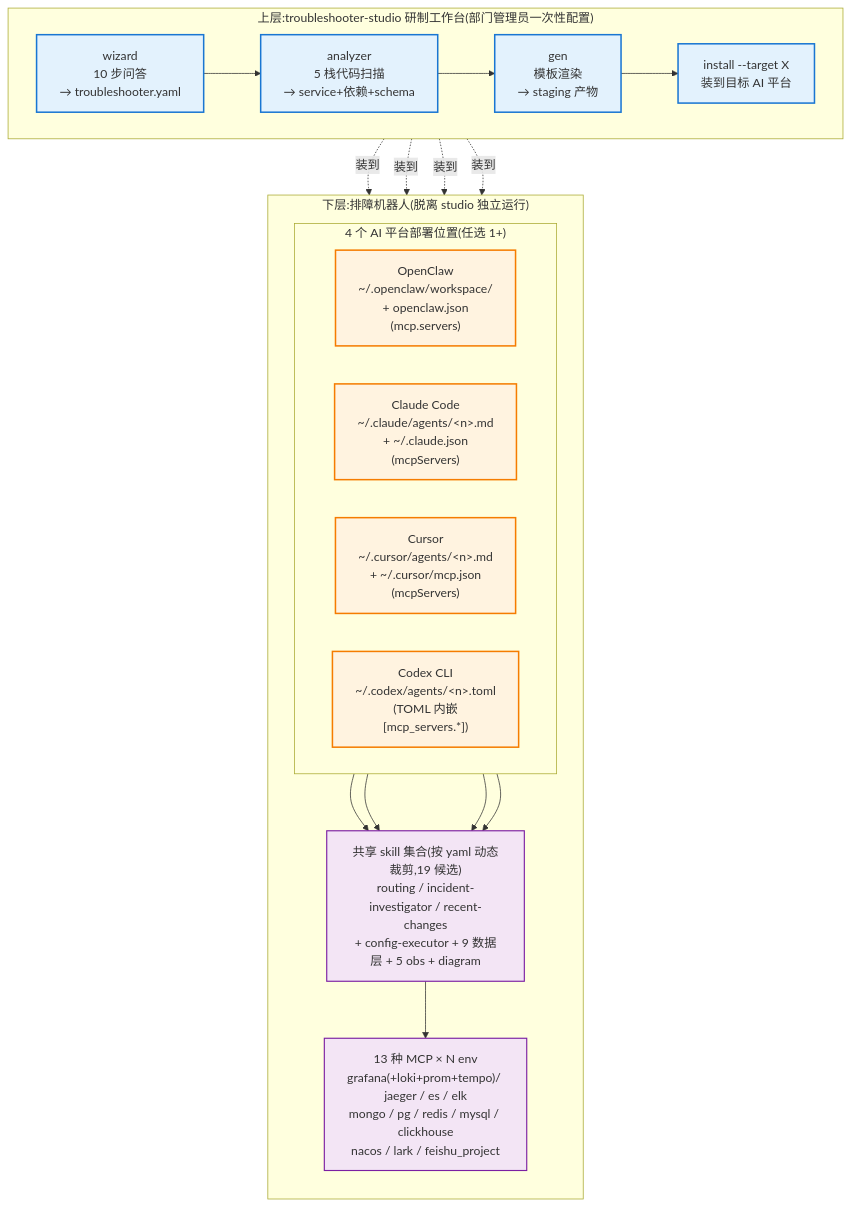
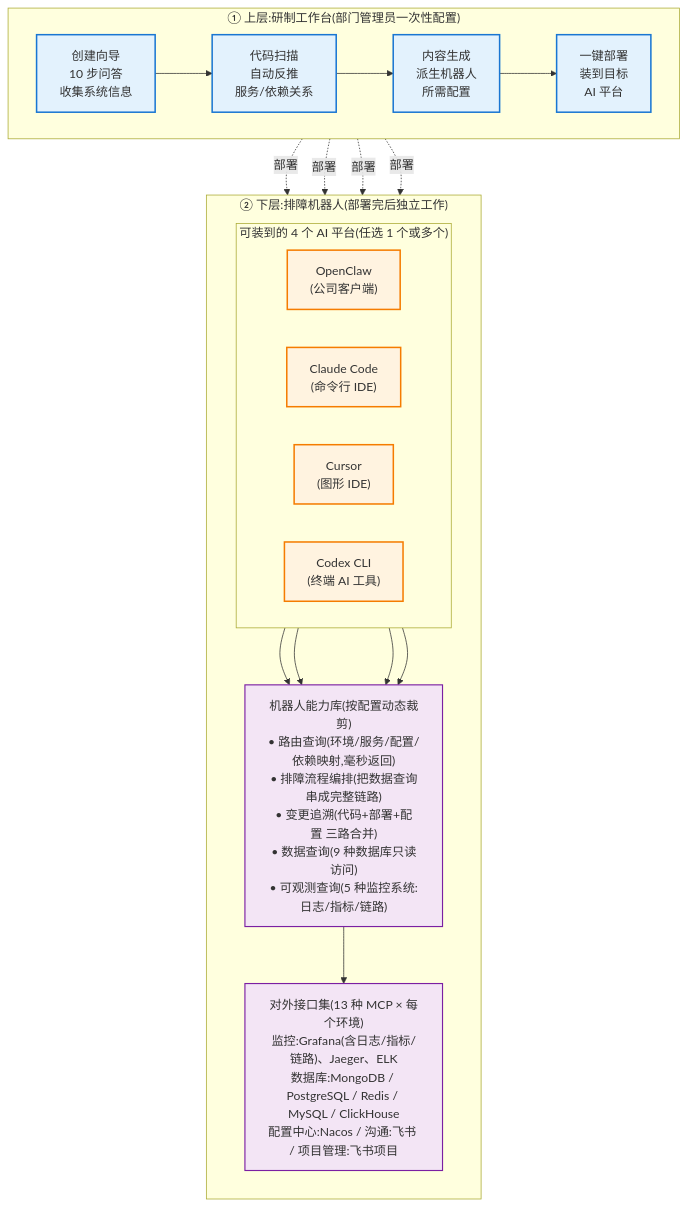
One commit to 452562082/troubleshooter-studio changed the first of 3 diagrams in docs/agent-application.md. Above: the diagram before and after it, drawn with Mermaid. The commit also changed other lines of this file, not shown here.

First line of the commit message:
申报材料流程图换"评审看得懂"的中文术语,去掉文件名/脚本名 jargon

````diff
--- a/docs/agent-application.md
+++ b/docs/agent-application.md
@@ -69,39 +69,39 @@
 ```mermaid
 flowchart TB
     classDef studio fill:#e3f2fd,stroke:#1976d2,stroke-width:2px
     classDef target fill:#fff3e0,stroke:#f57c00,stroke-width:2px
     classDef share fill:#f3e5f5,stroke:#7b1fa2,stroke-width:1.5px
 
-    subgraph L1["上层:troubleshooter-studio 研制工作台(部门管理员一次性配置)"]
+    subgraph L1["① 上层:研制工作台(部门管理员一次性配置)"]
         direction LR
-        W["wizard<br/>10 步问答<br/>→ troubleshooter.yaml"]:::studio
-        A["analyzer<br/>5 栈代码扫描<br/>→ service+依赖+schema"]:::studio
-        G["gen<br/>模板渲染<br/>→ staging 产物"]:::studio
-        I["install --target X<br/>装到目标 AI 平台"]:::studio
+        W["创建向导<br/>10 步问答<br/>收集系统信息"]:::studio
+        A["代码扫描<br/>自动反推<br/>服务/依赖关系"]:::studio
+        G["内容生成<br/>派生机器人<br/>所需配置"]:::studio
+        I["一键部署<br/>装到目标<br/>AI 平台"]:::studio
         W --> A --> G --> I
     end
 
-    subgraph L2["下层:排障机器人(脱离 studio 独立运行)"]
+    subgraph L2["② 下层:排障机器人(部署完后独立工作)"]
         direction TB
-        subgraph Plats["4 个 AI 平台部署位置(任选 1+)"]
+        subgraph Plats["可装到的 4 个 AI 平台(任选 1 个或多个)"]
             direction LR
-            OC["OpenClaw<br/>~/.openclaw/workspace/<br/>+ openclaw.json<br/>(mcp.servers)"]:::target
-            CC["Claude Code<br/>~/.claude/agents/&lt;n&gt;.md<br/>+ ~/.claude.json<br/>(mcpServers)"]:::target
-            CU["Cursor<br/>~/.cursor/agents/&lt;n&gt;.md<br/>+ ~/.cursor/mcp.json<br/>(mcpServers)"]:::target
-            CX["Codex CLI<br/>~/.codex/agents/&lt;n&gt;.toml<br/>(TOML 内嵌<br/>[mcp_servers.*])"]:::target
+            OC["OpenClaw<br/>(公司客户端)"]:::target
+            CC["Claude Code<br/>(命令行 IDE)"]:::target
+            CU["Cursor<br/>(图形 IDE)"]:::target
+            CX["Codex CLI<br/>(终端 AI 工具)"]:::target
         end
-        Skills["共享 skill 集合(按 yaml 动态裁剪,19 候选)<br/>routing / incident-investigator / recent-changes<br/>+ config-executor + 9 数据层 + 5 obs + diagram"]:::share
-        MCPs["13 种 MCP × N env<br/>grafana(+loki+prom+tempo)/ jaeger / es / elk<br/>mongo / pg / redis / mysql / clickhouse<br/>nacos / lark / feishu_project"]:::share
+        Skills["机器人能力库(按配置动态裁剪)<br/>• 路由查询(环境/服务/配置/依赖映射,毫秒返回)<br/>• 排障流程编排(把数据查询串成完整链路)<br/>• 变更追溯(代码+部署+配置 三路合并)<br/>• 数据查询(9 种数据库只读访问)<br/>• 可观测查询(5 种监控系统:日志/指标/链路)"]:::share
+        MCPs["对外接口集(13 种 MCP × 每个环境)<br/>监控:Grafana(含日志/指标/链路)、Jaeger、ELK<br/>数据库:MongoDB / PostgreSQL / Redis / MySQL / ClickHouse<br/>配置中心:Nacos / 沟通:飞书 / 项目管理:飞书项目"]:::share
 
         OC --> Skills
         CC --> Skills
         CU --> Skills
         CX --> Skills
         Skills --> MCPs
     end
 
-    I -.装到.-> OC
-    I -.装到.-> CC
-    I -.装到.-> CU
-    I -.装到.-> CX
+    I -.部署.-> OC
+    I -.部署.-> CC
+    I -.部署.-> CU
+    I -.部署.-> CX
 ```
````
